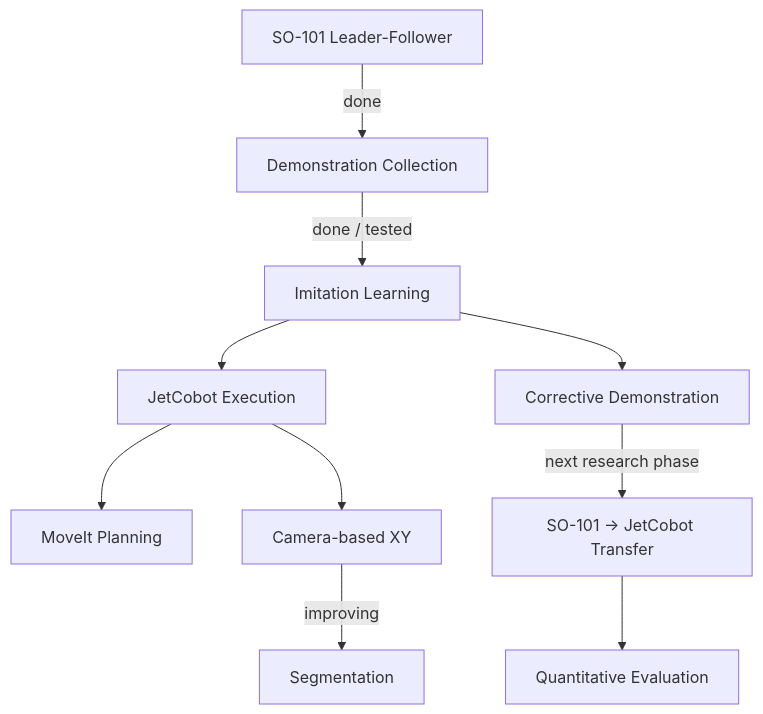
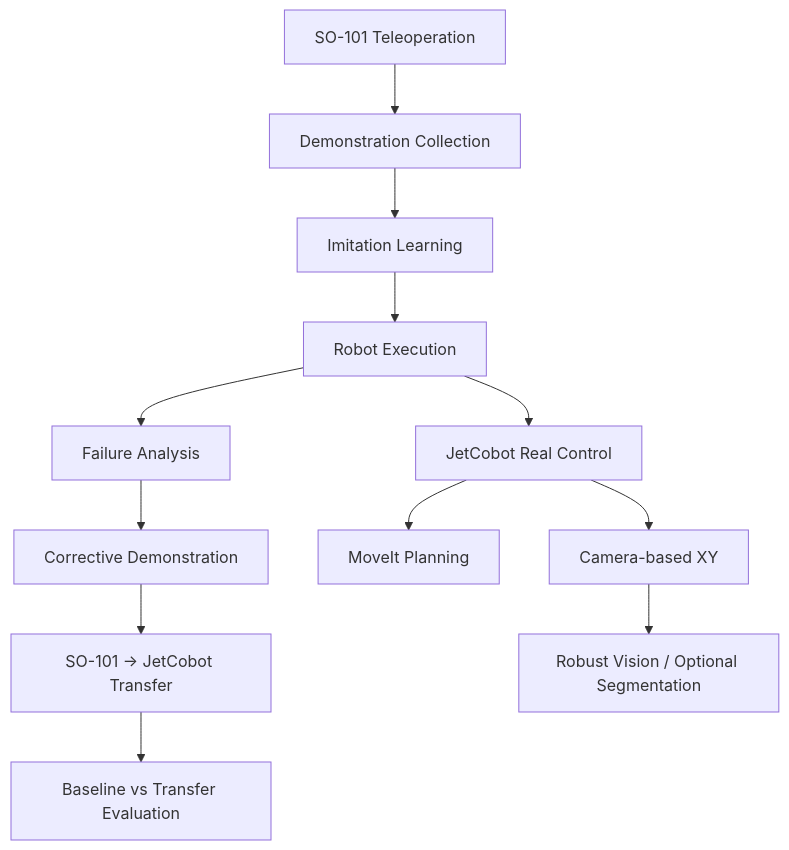
Before and after one commit to holol-gif/holol: the second of 2 diagrams in README.md, drawn with Mermaid. The commit also changed other lines of this file, not shown here.

Commit message:
Strengthen research portfolio structure and evaluation plan

````diff
--- a/README.md
+++ b/README.md
@@ -141,12 +139,17 @@
 ```mermaid
 flowchart TD
-    A[SO-101 Leader-Follower] -->|done| B[Demonstration Collection]
-    B -->|done / tested| C[Imitation Learning]
-    C --> D[JetCobot Execution]
-    D --> E[MoveIt Planning]
-    D --> F[Camera-based XY]
-    F -->|improving| G[Segmentation]
-    C --> H[Corrective Demonstration]
-    H -->|next research phase| I[SO-101 → JetCobot Transfer]
-    I --> J[Quantitative Evaluation]
+    A[SO-101 Teleoperation] --> B[Demonstration Collection]
+    B --> C[Imitation Learning]
+    C --> D[Robot Execution]
+    D --> E[Failure Analysis]
+
+    D --> F[JetCobot Real Control]
+    F --> G[MoveIt Planning]
+    F --> H[Camera-based XY]
+
+    E --> I[Corrective Demonstration]
+    I --> J[SO-101 → JetCobot Transfer]
+    J --> K[Baseline vs Transfer Evaluation]
+
+    H --> L[Robust Vision / Optional Segmentation]
 ```
````
